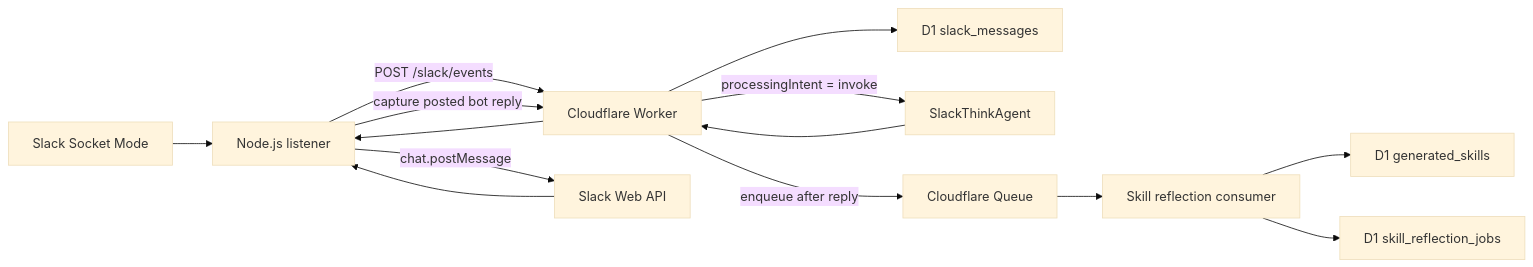
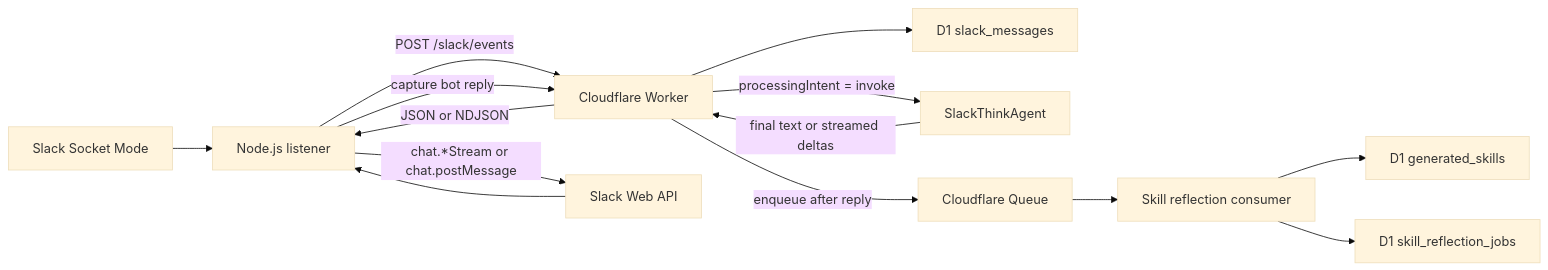
The first of 5 diagrams in README.md (GorobVictor/slack-ai-agent-v3), drawn with Mermaid (base theme) before and after one commit. The commit also changed other lines of this file and 1 other file, not shown here.

First line of the commit message:
ref: document Slack streaming replies

````diff
--- a/README.md
+++ b/README.md
@@ -15,16 +15,16 @@
 ```mermaid
 flowchart LR
   slack["Slack Socket Mode"] --> listener["Node.js listener"]
   listener -->|"POST /slack/events"| worker["Cloudflare Worker"]
   worker --> history["D1 slack_messages"]
   worker -->|"processingIntent = invoke"| think["SlackThinkAgent"]
-  think --> worker
+  think -->|"final text or streamed deltas"| worker
   worker -->|"enqueue after reply"| queue["Cloudflare Queue"]
   queue --> reflection["Skill reflection consumer"]
   reflection --> skills["D1 generated_skills"]
   reflection --> ledger["D1 skill_reflection_jobs"]
-  worker --> listener
-  listener -->|"chat.postMessage"| slackApi["Slack Web API"]
+  worker -->|"JSON or NDJSON"| listener
+  listener -->|"chat.*Stream or chat.postMessage"| slackApi["Slack Web API"]
   slackApi --> listener
-  listener -->|"capture posted bot reply"| worker
+  listener -->|"capture bot reply"| worker
 ```
````
